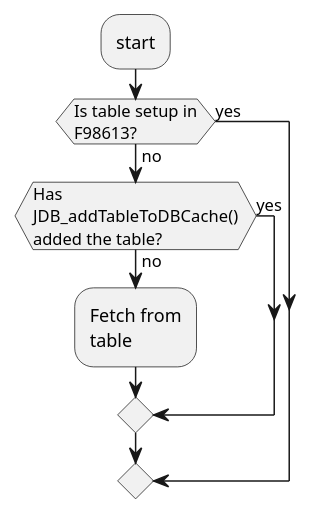
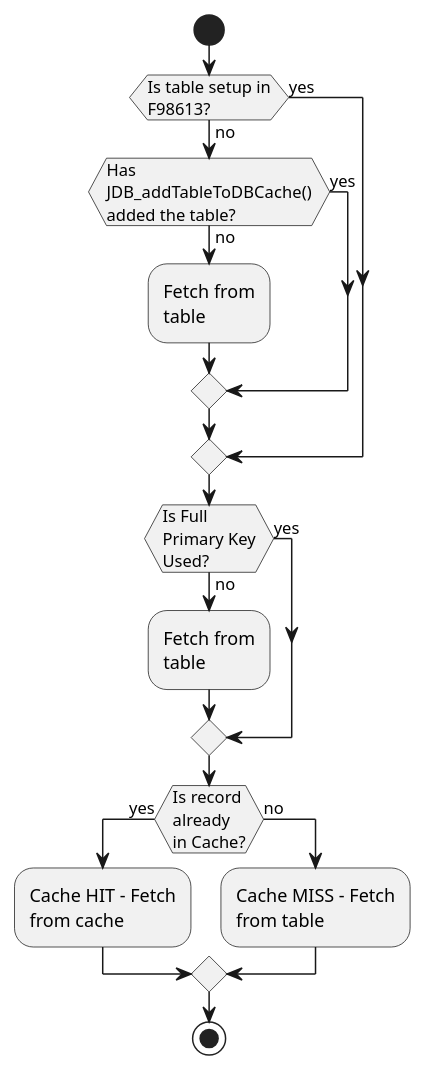
One commit to GiovaniPM/DMNTests changed the diagram in Courses/JDE Cache/E1 Cache Concepts – JDB Cache – Part 2 .md. Above: the diagram before and after it, drawn with PlantUML.

Commit message:
giova(DESKTOP-PG18CKU) 210220105435

````diff
--- a/Courses/JDE Cache/E1 Cache Concepts – JDB Cache – Part 2 .md
+++ b/Courses/JDE Cache/E1 Cache Concepts – JDB Cache – Part 2 .md
@@ -23,12 +23,22 @@
 ``` plantuml
 @startuml
-:start;
+start
 if (Is table setup in\nF98613?) then (yes)
 else (no)
     if (Has\nJDB_addTableToDBCache()\nadded the table?) then (yes)
     else (no)
         :Fetch from\ntable;
     endif
 endif
+if (Is Full\nPrimary Key\nUsed?) then (yes)
+else (no)
+   :Fetch from\ntable;
+endif
+if (Is record\nalready\nin Cache?) then (yes)
+   :Cache HIT - Fetch\nfrom cache;
+else (no)
+   :Cache MISS - Fetch\nfrom table;
+endif
+stop
 @enduml
 ```
````
